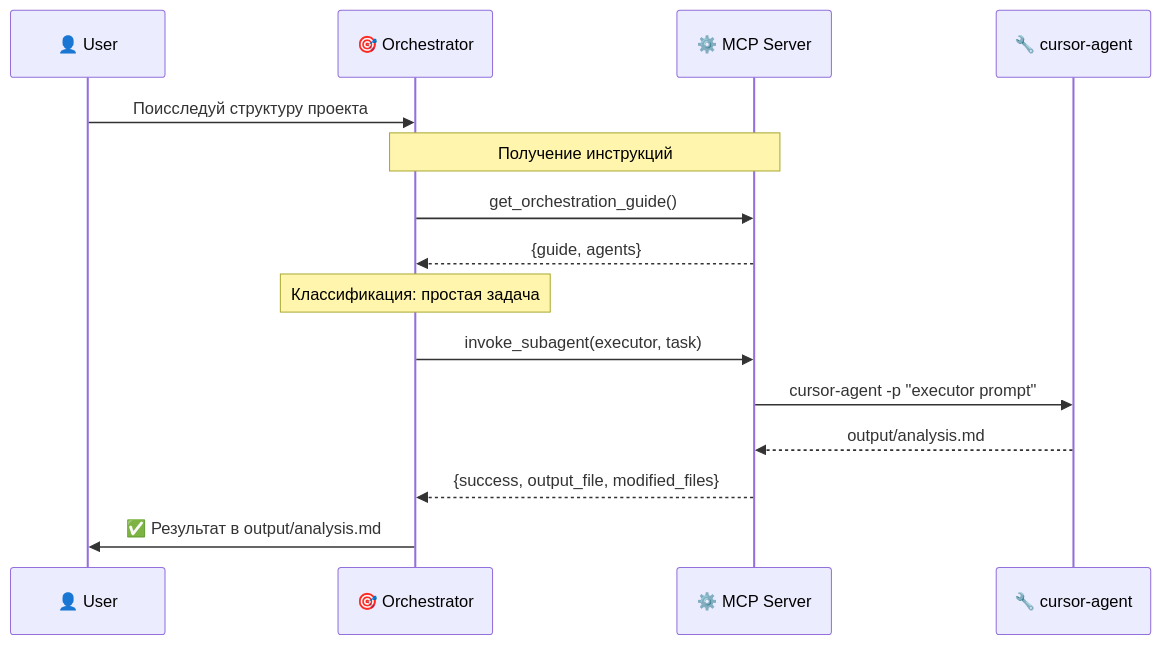
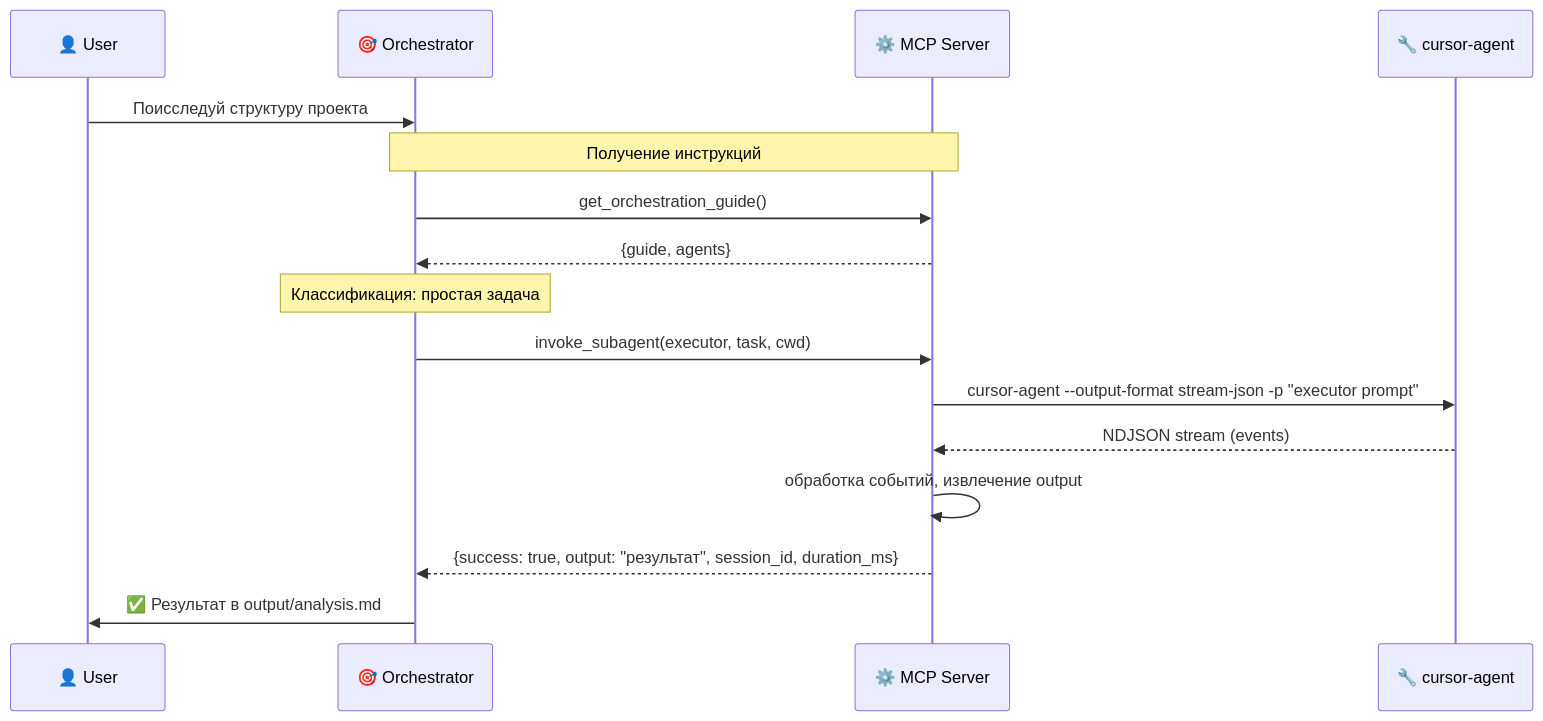
One commit to madprofessor42/cursor-subagent-mcp changed the second of 3 diagrams in README.md. Above: the diagram before and after it, drawn with Mermaid. The commit also changed other lines of this file, not shown here.

````diff
--- a/README.md
+++ b/README.md
@@ -116,21 +116,22 @@
 ```mermaid
 sequenceDiagram
     participant U as 👤 User
     participant O as 🎯 Orchestrator
     participant MCP as ⚙️ MCP Server
     participant CLI as 🔧 cursor-agent
 
     U->>O: Поисследуй структуру проекта
     
     Note over O,MCP: Получение инструкций
     O->>MCP: get_orchestration_guide()
     MCP-->>O: {guide, agents}
     
     Note over O: Классификация: простая задача
-    O->>MCP: invoke_subagent(executor, task)
-    MCP->>CLI: cursor-agent -p "executor prompt"
-    CLI-->>MCP: output/analysis.md
-    MCP-->>O: {success, output_file, modified_files}
+    O->>MCP: invoke_subagent(executor, task, cwd)
+    MCP->>CLI: cursor-agent --output-format stream-json -p "executor prompt"
+    CLI-->>MCP: NDJSON stream (events)
+    MCP->>MCP: обработка событий, извлечение output
+    MCP-->>O: {success: true, output: "результат", session_id, duration_ms}
     
     O->>U: ✅ Результат в output/analysis.md
 ```
````
